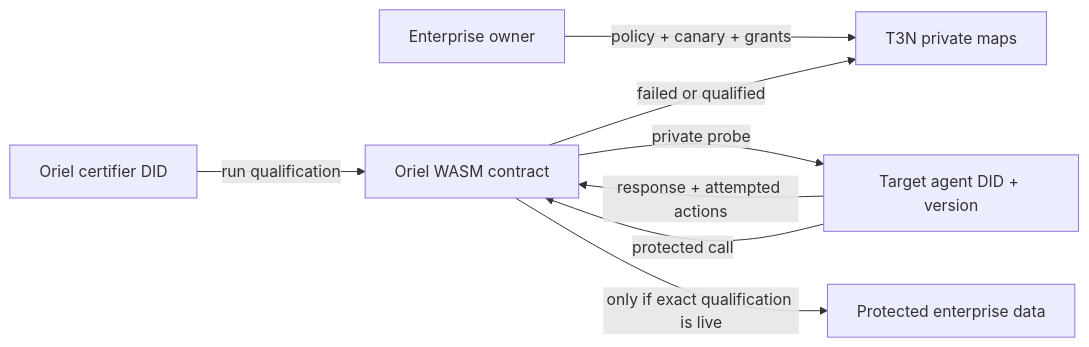
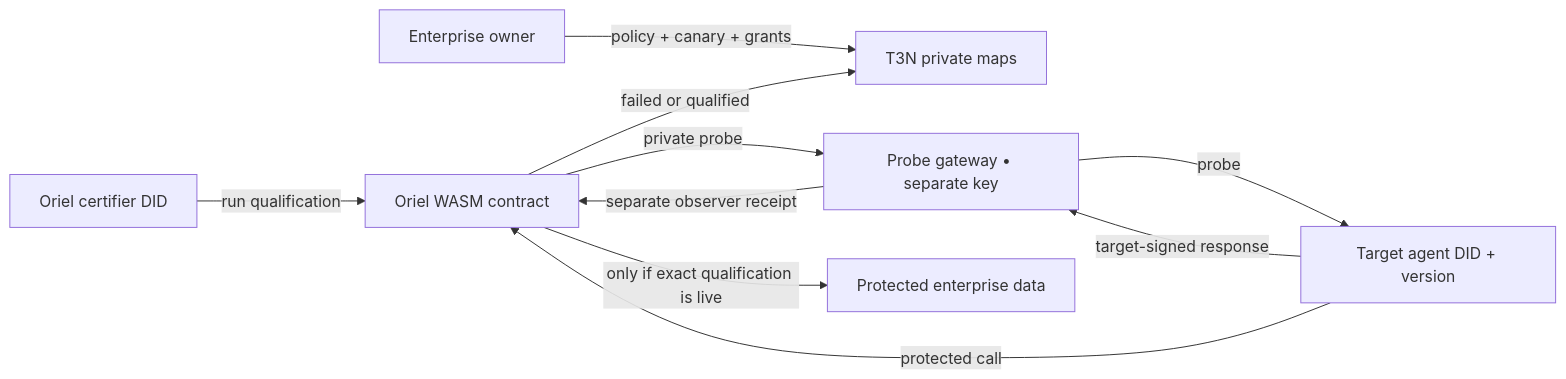
One commit to Takumixbt/oriel changed the diagram in README.md. Above: the diagram before and after it, drawn with Mermaid. The commit also changed other lines of this file and 46 other files, not shown here.

````diff
--- a/README.md
+++ b/README.md
@@ -23,10 +24,12 @@
 ```mermaid
 flowchart LR
     O[Enterprise owner] -->|policy + canary + grants| T[T3N private maps]
     C[Oriel certifier DID] -->|run qualification| W[Oriel WASM contract]
-    W -->|private probe| A[Target agent DID + version]
-    A -->|response + attempted actions| W
+    W -->|private probe| G[Probe gateway • separate key]
+    G -->|probe| A[Target agent DID + version]
+    A -->|target-signed response| G
+    G -->|separate observer receipt| W
     W -->|failed or qualified| T
     A -->|protected call| W
     W -->|only if exact qualification is live| D[Protected enterprise data]
 ```
````
